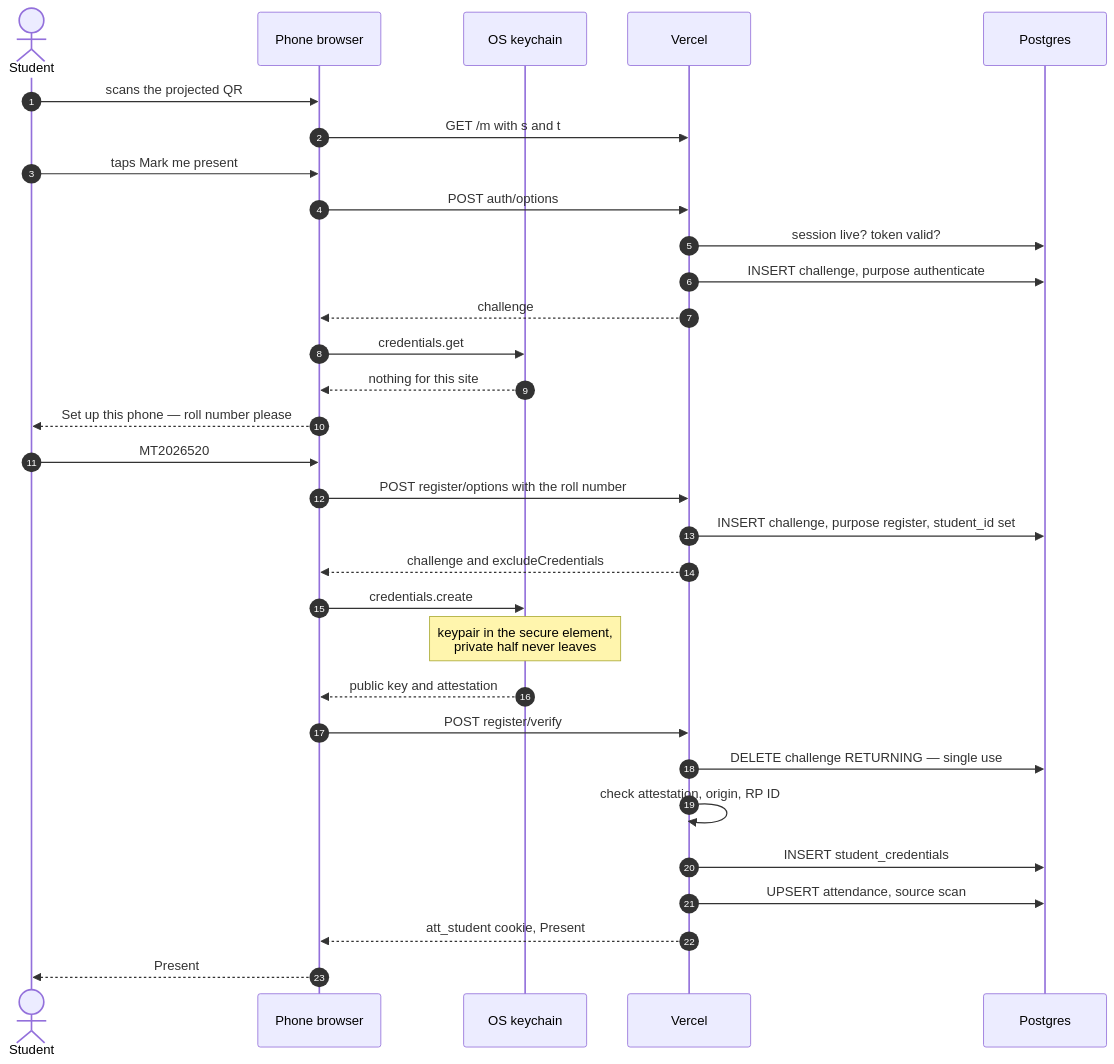
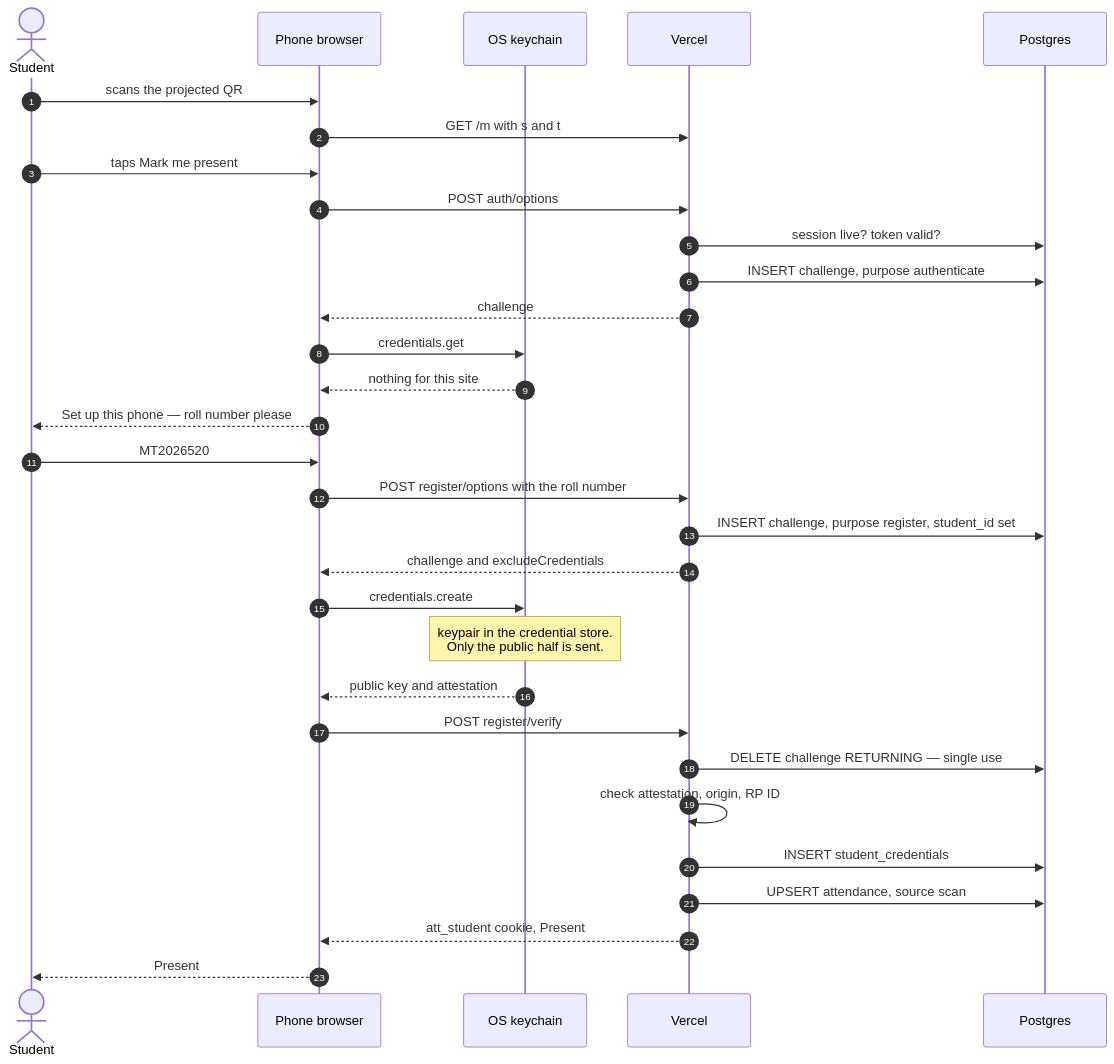
Before and after one commit to dibya-roy-sundar/APP_Attendance: the fifth of 8 diagrams in README.md, drawn with Mermaid. The commit also changed other lines of this file and 1 other file, not shown here.

````diff
--- a/README.md
+++ b/README.md
@@ -220,34 +220,34 @@
 ```mermaid
 sequenceDiagram
   autonumber
   actor S as Student
   participant B as Phone browser
   participant K as OS keychain
   participant V as Vercel
   participant P as Postgres
 
   S->>B: scans the projected QR
   B->>V: GET /m with s and t
   S->>B: taps Mark me present
   B->>V: POST auth/options
   V->>P: session live? token valid?
   V->>P: INSERT challenge, purpose authenticate
   V-->>B: challenge
   B->>K: credentials.get
   K-->>B: nothing for this site
   B-->>S: Set up this phone — roll number please
   S->>B: MT2026520
   B->>V: POST register/options with the roll number
   V->>P: INSERT challenge, purpose register, student_id set
   V-->>B: challenge and excludeCredentials
   B->>K: credentials.create
-  Note over K: keypair in the secure element,<br/>private half never leaves
+  Note over K: keypair in the credential store.<br/>Only the public half is sent.
   K-->>B: public key and attestation
   B->>V: POST register/verify
   V->>P: DELETE challenge RETURNING — single use
   V->>V: check attestation, origin, RP ID
   V->>P: INSERT student_credentials
   V->>P: UPSERT attendance, source scan
   V-->>B: att_student cookie, Present
   B-->>S: Present
 ```
````
